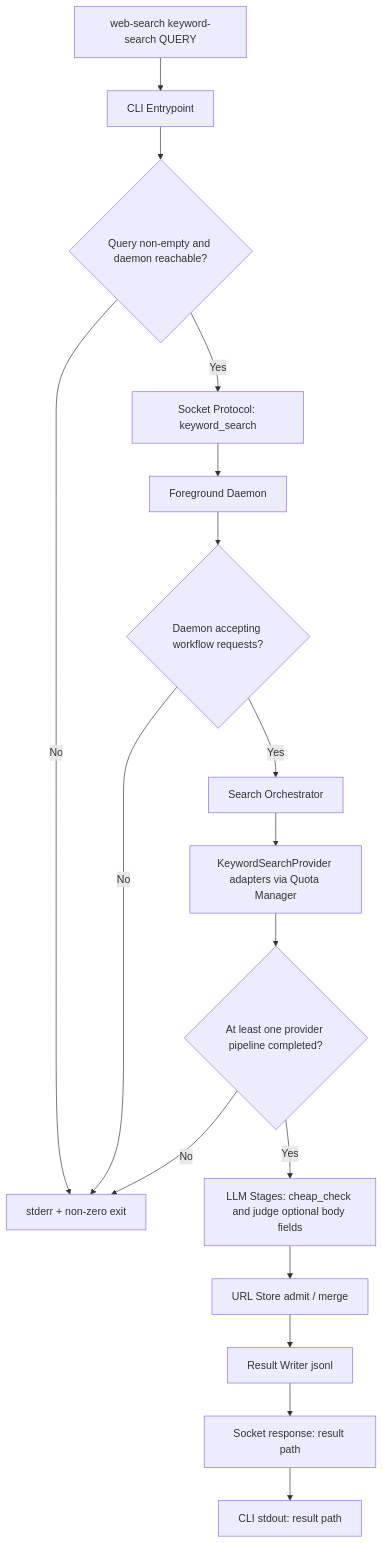
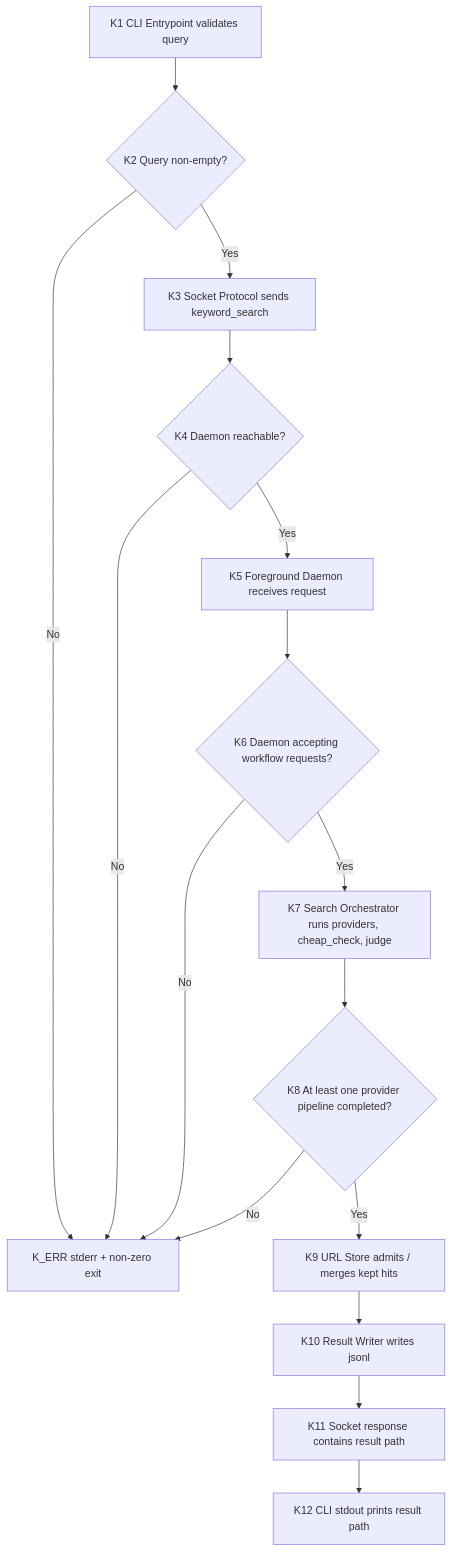
The second of 5 diagrams in docs/designs/architectures/web-search-cli.md (Dingxingdi/temp-web-search), drawn with Mermaid before and after one commit. The commit also changed other lines of this file, not shown here.

````diff
--- a/docs/designs/architectures/web-search-cli.md
+++ b/docs/designs/architectures/web-search-cli.md
@@ -409,19 +421,18 @@
 ```mermaid
 flowchart TD
-    A[web-search keyword-search QUERY] --> B[CLI Entrypoint]
-    B --> C{Query non-empty and daemon reachable?}
-    C -->|No| D[stderr + non-zero exit]
-    C -->|Yes| E[Socket Protocol: keyword_search]
-    E --> F[Foreground Daemon]
-    F --> G{Daemon accepting workflow requests?}
-    G -->|No| D
-    G -->|Yes| H[Search Orchestrator]
-    H --> I[KeywordSearchProvider adapters via Quota Manager]
-    I --> J{At least one provider pipeline completed?}
-    J -->|No| D
-    J -->|Yes| K[LLM Stages: cheap_check and judge optional body fields]
-    K --> L[URL Store admit / merge]
-    L --> M[Result Writer jsonl]
-    M --> N[Socket response: result path]
-    N --> O[CLI stdout: result path]
+    K1[K1 CLI Entrypoint validates query] --> K2{K2 Query non-empty?}
+    K2 -->|No| K_ERR[K_ERR stderr + non-zero exit]
+    K2 -->|Yes| K3[K3 Socket Protocol sends keyword_search]
+    K3 --> K4{K4 Daemon reachable?}
+    K4 -->|No| K_ERR
+    K4 -->|Yes| K5[K5 Foreground Daemon receives request]
+    K5 --> K6{K6 Daemon accepting workflow requests?}
+    K6 -->|No| K_ERR
+    K6 -->|Yes| K7[K7 Search Orchestrator runs providers, cheap_check, judge]
+    K7 --> K8{K8 At least one provider pipeline completed?}
+    K8 -->|No| K_ERR
+    K8 -->|Yes| K9[K9 URL Store admits / merges kept hits]
+    K9 --> K10[K10 Result Writer writes jsonl]
+    K10 --> K11[K11 Socket response contains result path]
+    K11 --> K12[K12 CLI stdout prints result path]
 ```
````
